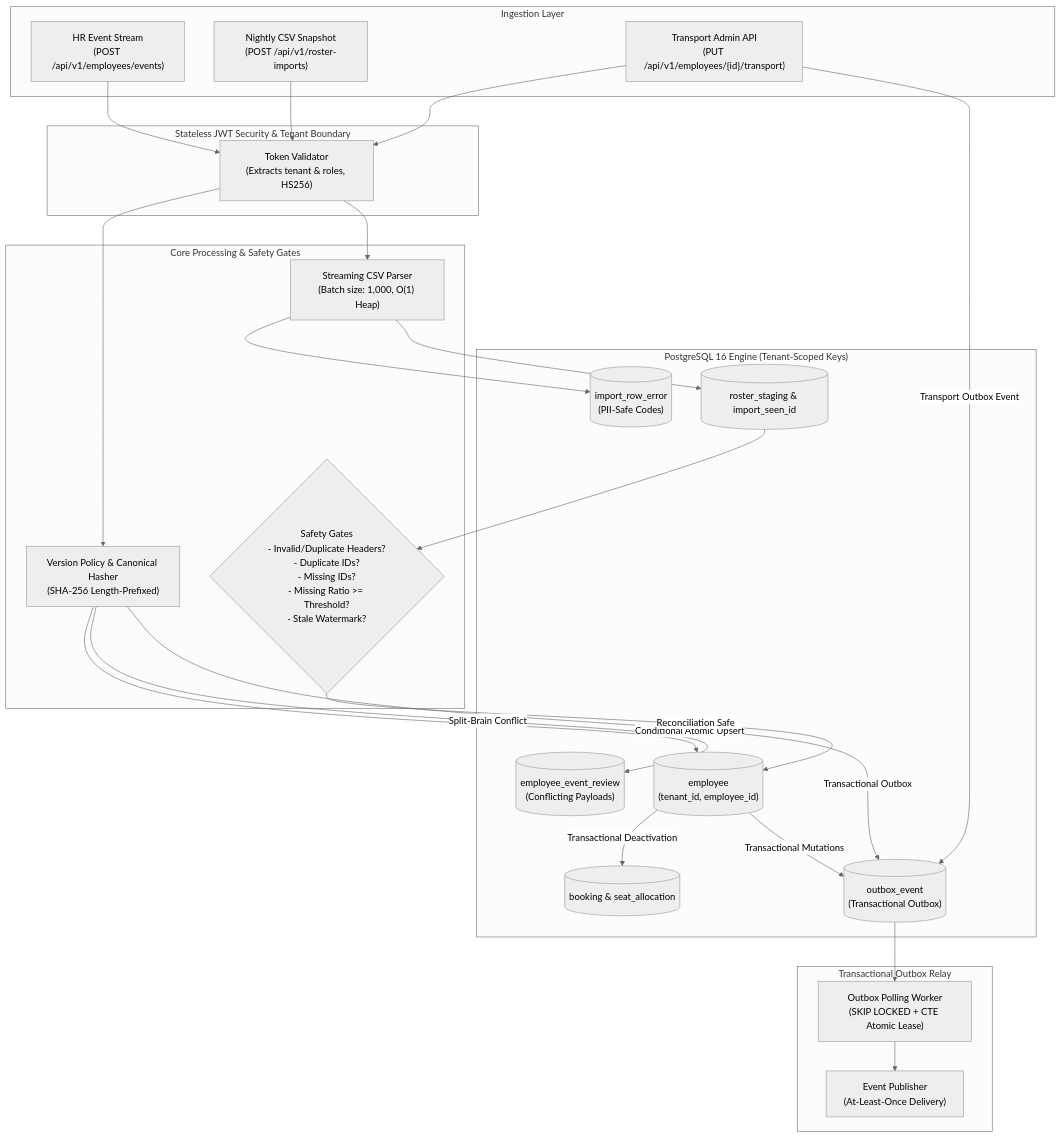
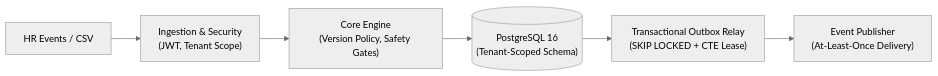
The diagram in README.md (parth-1372/RosterGuard), drawn with Mermaid (neutral theme) before and after one commit. The commit also changed other lines of this file, not shown here.

````diff
--- a/README.md
+++ b/README.md
@@ -20,55 +37,8 @@
 ```mermaid
-flowchart TD
-    subgraph Ingestion["Ingestion Layer"]
-        HR_API["HR Event Stream<br/>(POST /api/v1/employees/events)"]
-        CSV_IN["Nightly CSV Snapshot<br/>(POST /api/v1/roster-imports)"]
-        TA_API["Transport Admin API<br/>(PUT /api/v1/employees/{id}/transport)"]
-    end
-
-    subgraph Security["Stateless JWT Security & Tenant Boundary"]
-        JWT_AUTH["Token Validator<br/>(Extracts tenant & roles, HS256)"]
-    end
-
-    subgraph Core["Core Processing & Safety Gates"]
-        VP["Version Policy & Canonical Hasher<br/>(SHA-256 Length-Prefixed)"]
-        STREAM["Streaming CSV Parser<br/>(Batch size: 1,000, O(1) Heap)"]
-        GATES{"Safety Gates<br/>- Invalid/Duplicate Headers?<br/>- Duplicate IDs?<br/>- Missing IDs?<br/>- Missing Ratio >= Threshold?<br/>- Stale Watermark?"}
-    end
-
-    subgraph DB["PostgreSQL 16 Engine (Tenant-Scoped Keys)"]
-        EMP[("employee<br/>(tenant_id, employee_id)")]
-        REV[("employee_event_review<br/>(Conflicting Payloads)")]
-        STG[("roster_staging & import_seen_id")]
-        ERR[("import_row_error<br/>(PII-Safe Codes)")]
-        BOOK[("booking & seat_allocation")]
-        OUTBOX[("outbox_event<br/>(Transactional Outbox)")]
-    end
-
-    subgraph Relay["Transactional Outbox Relay"]
-        WORKER["Outbox Polling Worker<br/>(SKIP LOCKED + CTE Atomic Lease)"]
-        PUBLISHER["Event Publisher<br/>(At-Least-Once Delivery)"]
-    end
-
-    HR_API --> JWT_AUTH
-    CSV_IN --> JWT_AUTH
-    TA_API --> JWT_AUTH
-
-    JWT_AUTH --> VP
-    JWT_AUTH --> STREAM
-
-    VP -->|Conditional Atomic Upsert| EMP
-    VP -->|Split-Brain Conflict| REV
-    VP -->|Transactional Outbox| OUTBOX
-
-    STREAM --> ERR
-    STREAM --> STG
-    STG --> GATES
-    GATES -->|Reconciliation Safe| EMP
-
-    EMP -->|Transactional Deactivation| BOOK
-    EMP -->|Transactional Mutations| OUTBOX
-    TA_API -->|Transport Outbox Event| OUTBOX
-
-    OUTBOX --> WORKER
-    WORKER --> PUBLISHER
+flowchart LR
+    HR["HR Events / CSV"] --> INGEST["Ingestion & Security<br/>(JWT, Tenant Scope)"]
+    INGEST --> CORE["Core Engine<br/>(Version Policy, Safety Gates)"]
+    CORE --> DB[("PostgreSQL 16<br/>(Tenant-Scoped Schema)")]
+    DB --> OUTBOX["Transactional Outbox Relay<br/>(SKIP LOCKED + CTE Lease)"]
+    OUTBOX --> PUB["Event Publisher<br/>(At-Least-Once Delivery)"]
 ```
````
